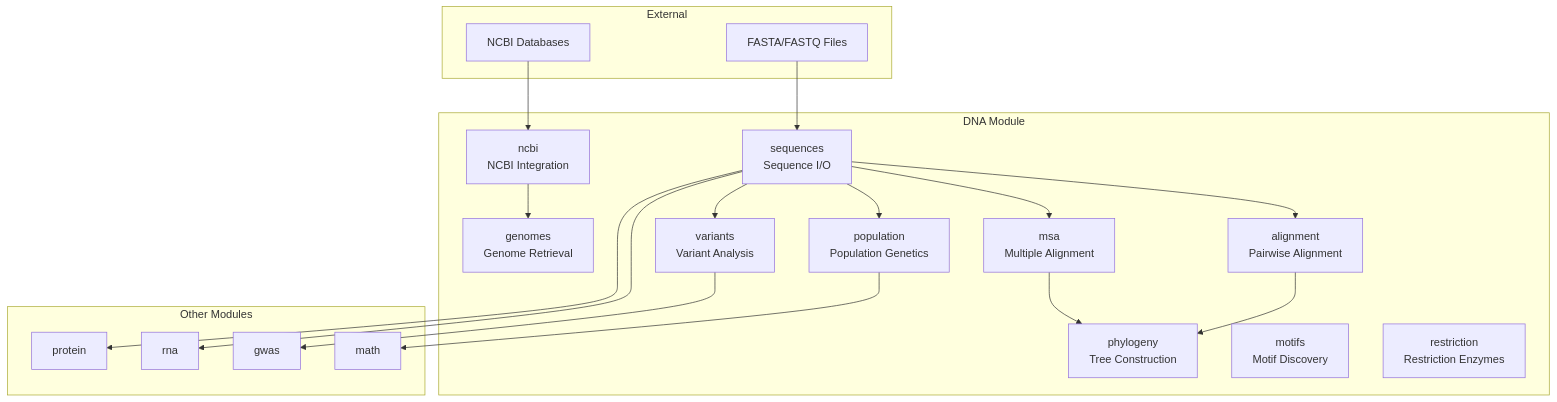
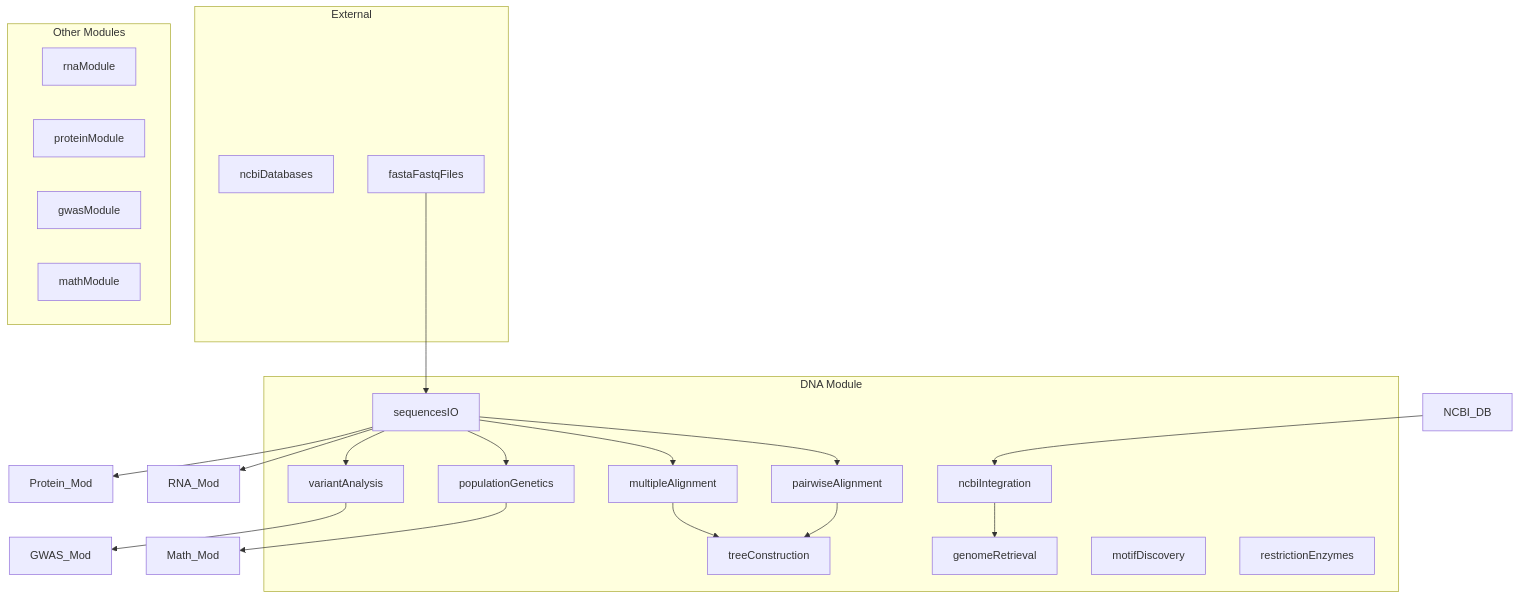
Before and after one commit to docxology/MetaInformAnt: the first of 4 diagrams in src/metainformant/dna/README.md, drawn with Mermaid. The commit also changed other lines of this file and 611 other files, not shown here.

````diff
--- a/src/metainformant/dna/README.md
+++ b/src/metainformant/dna/README.md
@@ -17,41 +17,41 @@
 ```mermaid
 graph TB
     subgraph "DNA Module"
-        Seq[sequences<br/>Sequence I/O]
-        Align[alignment<br/>Pairwise Alignment]
-        MSA[msa<br/>Multiple Alignment]
-        Phylo[phylogeny<br/>Tree Construction]
-        Pop[population<br/>Population Genetics]
-        Variants[variants<br/>Variant Analysis]
-        Genomes[genomes<br/>Genome Retrieval]
-        NCBI[ncbi<br/>NCBI Integration]
-        Motifs[motifs<br/>Motif Discovery]
-        Restrict[restriction<br/>Restriction Enzymes]
+        Seq[sequencesIO]
+        Align[pairwiseAlignment]
+        MSA[multipleAlignment]
+        Phylo[treeConstruction]
+        Pop[populationGenetics]
+        Variants[variantAnalysis]
+        Genomes[genomeRetrieval]
+        NCBI[ncbiIntegration]
+        Motifs[motifDiscovery]
+        Restrict[restrictionEnzymes]
     end
     
     subgraph "External"
-        NCBI_DB[NCBI Databases]
-        Files[FASTA/FASTQ Files]
+        ncbidatabases[ncbiDatabases]
+        Files[fastaFastqFiles]
     end
-    
+
     subgraph "Other Modules"
-        RNA_Mod[rna]
-        Protein_Mod[protein]
-        GWAS_Mod[gwas]
-        Math_Mod[math]
+        rnamodule[rnaModule]
+        proteinmodule[proteinModule]
+        gwasmodule[gwasModule]
+        mathmodule[mathModule]
     end
     
     Files --> Seq
     NCBI_DB --> NCBI
     NCBI --> Genomes
     Seq --> Align
     Seq --> MSA
     Seq --> Pop
     Seq --> Variants
     Align --> Phylo
     MSA --> Phylo
     Pop --> Math_Mod
     Variants --> GWAS_Mod
     Seq --> RNA_Mod
     Seq --> Protein_Mod
 ```
````
